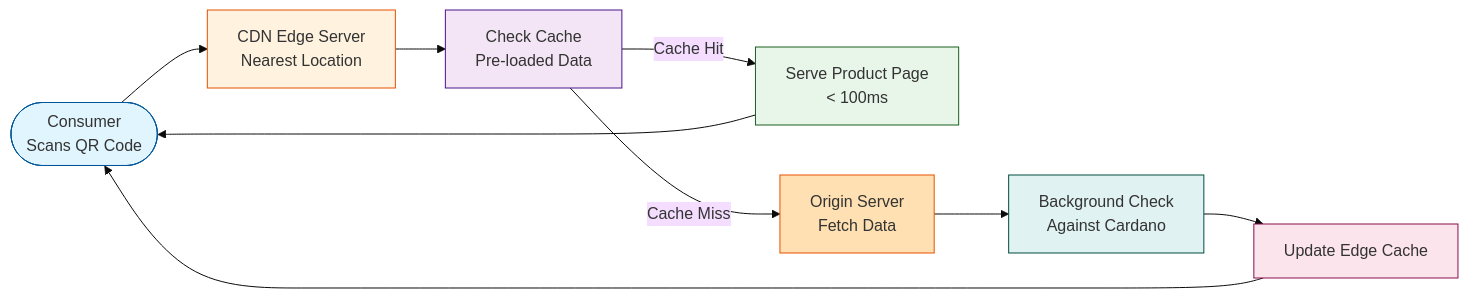
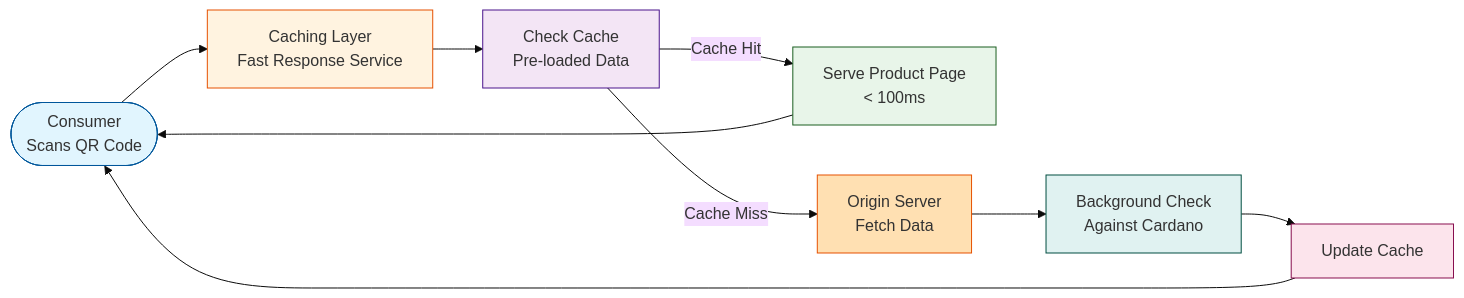
One commit to satran004/cardano-dpp-blueprint changed the ninth of 9 diagrams in DPP-Blueprint-Cardano-v0.1.md. Above: the diagram before and after it, drawn with Mermaid (base theme). The commit also changed other lines of this file, not shown here.

````diff
--- a/DPP-Blueprint-Cardano-v0.1.md
+++ b/DPP-Blueprint-Cardano-v0.1.md
@@ -625,19 +691,19 @@
 ```mermaid
 flowchart LR
-    Consumer([Consumer<br/>Scans QR Code]) --> Edge[CDN Edge Server<br/>Nearest Location]
-    Edge --> Cache[Check Cache<br/>Pre-loaded Data]
-    Cache -->|Cache Hit| Fast[Serve Product Page<br/>< 100ms]
-    Cache -->|Cache Miss| Origin[Origin Server<br/>Fetch Data]
+    Consumer([Consumer<br/>Scans QR Code]) --> CachingLayer[Caching Layer<br/>Fast Response Service]
+    CachingLayer --> Check[Check Cache<br/>Pre-loaded Data]
+    Check -->|Cache Hit| Fast[Serve Product Page<br/>< 100ms]
+    Check -->|Cache Miss| Origin[Origin Server<br/>Fetch Data]
     Origin --> Verify[Background Check<br/>Against Cardano]
-    Verify --> Update[Update Edge Cache]
+    Verify --> Update[Update Cache]
     Fast --> Consumer
     Update --> Consumer
 
     style Consumer fill:#E1F5FE,stroke:#01579B
-    style Edge fill:#FFF3E0,stroke:#E65100
-    style Cache fill:#F3E5F5,stroke:#4A148C
+    style CachingLayer fill:#FFF3E0,stroke:#E65100
+    style Check fill:#F3E5F5,stroke:#4A148C
     style Fast fill:#E8F5E9,stroke:#1B5E20
     style Origin fill:#FFE0B2,stroke:#E65100
     style Verify fill:#E0F2F1,stroke:#004D40
     style Update fill:#FCE4EC,stroke:#880E4F
 ```
````
